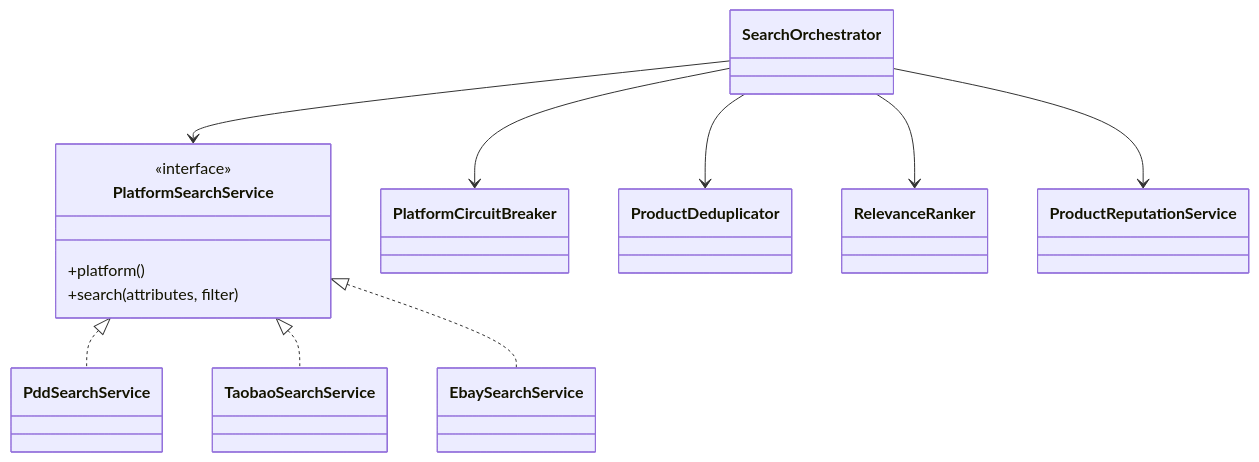
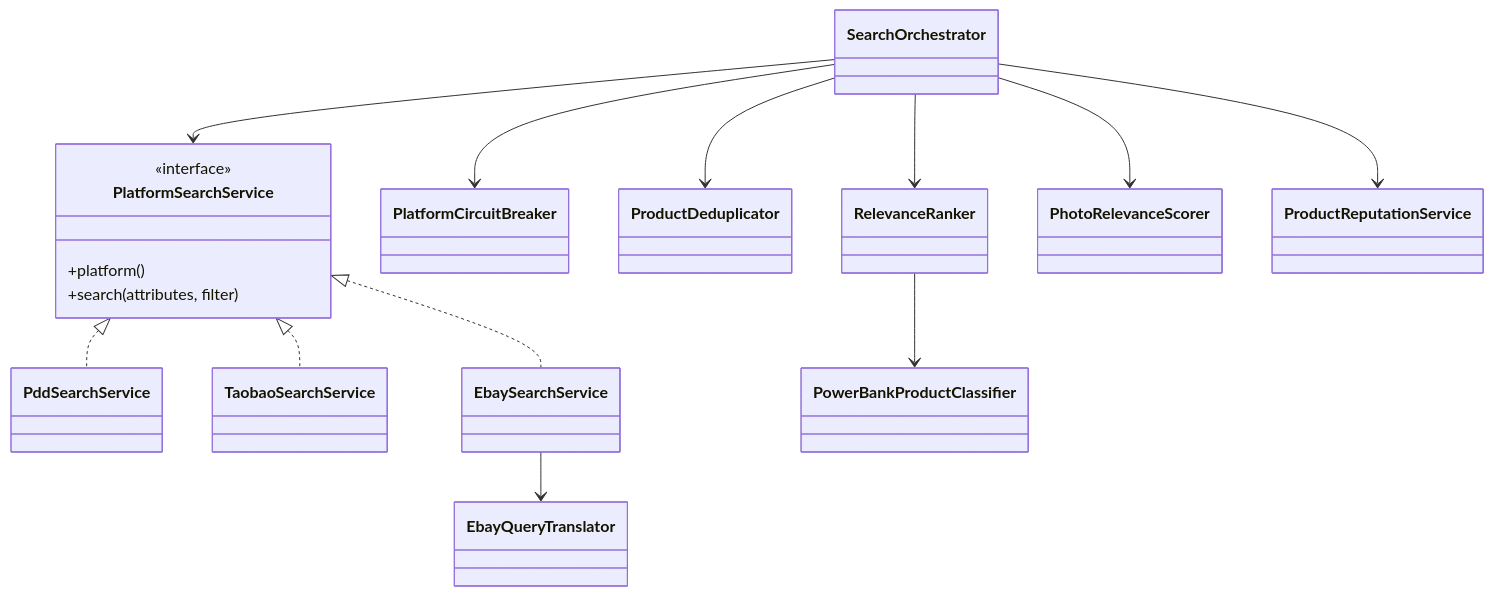
The tenth of 12 diagrams in docs/architecture-design.md (buwenjiayou/VisionCart), drawn with Mermaid before and after one commit. The commit also changed other lines of this file and 69 other files, not shown here.

````diff
--- a/docs/architecture-design.md
+++ b/docs/architecture-design.md
@@ -414,18 +444,21 @@
 ```mermaid
 classDiagram
     class PlatformSearchService {
         <<interface>>
         +platform()
         +search(attributes, filter)
     }
 
     PlatformSearchService <|.. PddSearchService
     PlatformSearchService <|.. TaobaoSearchService
     PlatformSearchService <|.. EbaySearchService
 
     SearchOrchestrator --> PlatformSearchService
     SearchOrchestrator --> PlatformCircuitBreaker
     SearchOrchestrator --> ProductDeduplicator
     SearchOrchestrator --> RelevanceRanker
+    SearchOrchestrator --> PhotoRelevanceScorer
     SearchOrchestrator --> ProductReputationService
+    EbaySearchService --> EbayQueryTranslator
+    RelevanceRanker --> PowerBankProductClassifier
 ```
````
